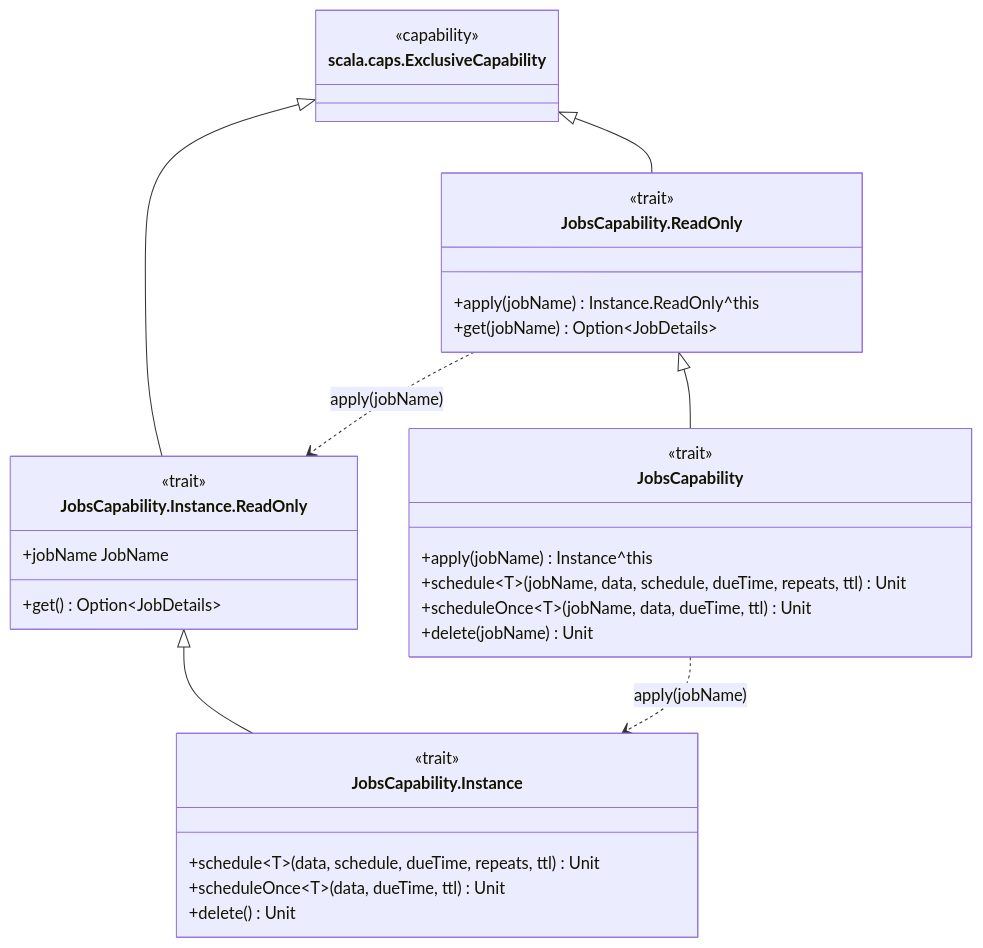
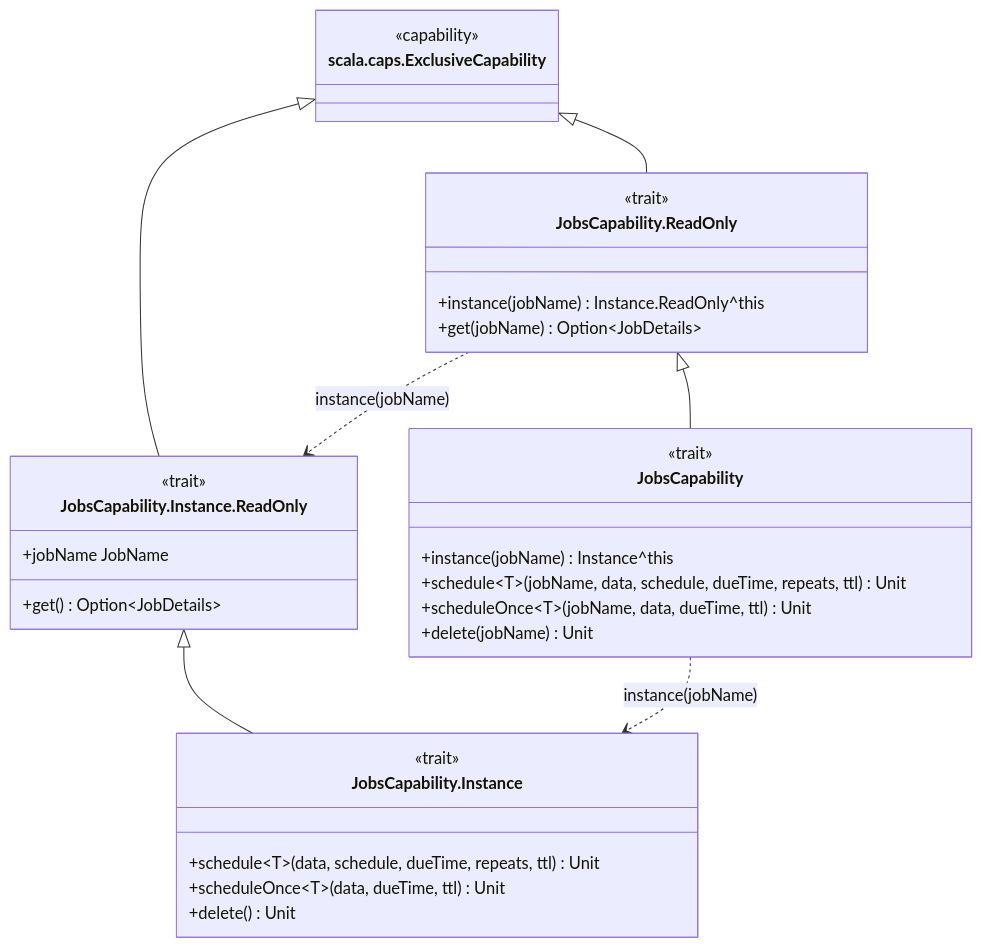
One commit to sideeffffect/dapr4s changed the fifth of 15 diagrams in docs/CAPABILITY-HIERARCHY.md. Above: the diagram before and after it, drawn with Mermaid. The commit also changed other lines of this file and 26 other files, not shown here.

Commit message:
docs: instance(name)/forType narrowing in scaladoc, docs and spec

````diff
--- a/docs/CAPABILITY-HIERARCHY.md
+++ b/docs/CAPABILITY-HIERARCHY.md
@@ -209,37 +209,37 @@
 ```mermaid
 classDiagram
     direction TB
     class ExclusiveCapability["scala.caps.ExclusiveCapability"]
     <<capability>> ExclusiveCapability
 
     class JobsCapability_ReadOnly["JobsCapability.ReadOnly"]
     <<trait>> JobsCapability_ReadOnly
-    JobsCapability_ReadOnly : +apply(jobName) Instance.ReadOnly^this
+    JobsCapability_ReadOnly : +instance(jobName) Instance.ReadOnly^this
     JobsCapability_ReadOnly : +get(jobName) Option~JobDetails~
 
     class JobsCapability {
         <<trait>>
-        +apply(jobName) Instance^this
+        +instance(jobName) Instance^this
         +schedule~T~(jobName, data, schedule, dueTime, repeats, ttl) Unit
         +scheduleOnce~T~(jobName, data, dueTime, ttl) Unit
         +delete(jobName) Unit
     }
 
     class JobsCapability_Instance_ReadOnly["JobsCapability.Instance.ReadOnly"]
     <<trait>> JobsCapability_Instance_ReadOnly
     JobsCapability_Instance_ReadOnly : +jobName JobName
     JobsCapability_Instance_ReadOnly : +get() Option~JobDetails~
 
     class JobsCapability_Instance["JobsCapability.Instance"]
     <<trait>> JobsCapability_Instance
     JobsCapability_Instance : +schedule~T~(data, schedule, dueTime, repeats, ttl) Unit
     JobsCapability_Instance : +scheduleOnce~T~(data, dueTime, ttl) Unit
     JobsCapability_Instance : +delete() Unit
 
     ExclusiveCapability <|-- JobsCapability_ReadOnly
     JobsCapability_ReadOnly <|-- JobsCapability
     ExclusiveCapability <|-- JobsCapability_Instance_ReadOnly
     JobsCapability_Instance_ReadOnly <|-- JobsCapability_Instance
-    JobsCapability_ReadOnly ..> JobsCapability_Instance_ReadOnly : apply(jobName)
-    JobsCapability ..> JobsCapability_Instance : apply(jobName)
+    JobsCapability_ReadOnly ..> JobsCapability_Instance_ReadOnly : instance(jobName)
+    JobsCapability ..> JobsCapability_Instance : instance(jobName)
 ```
````
